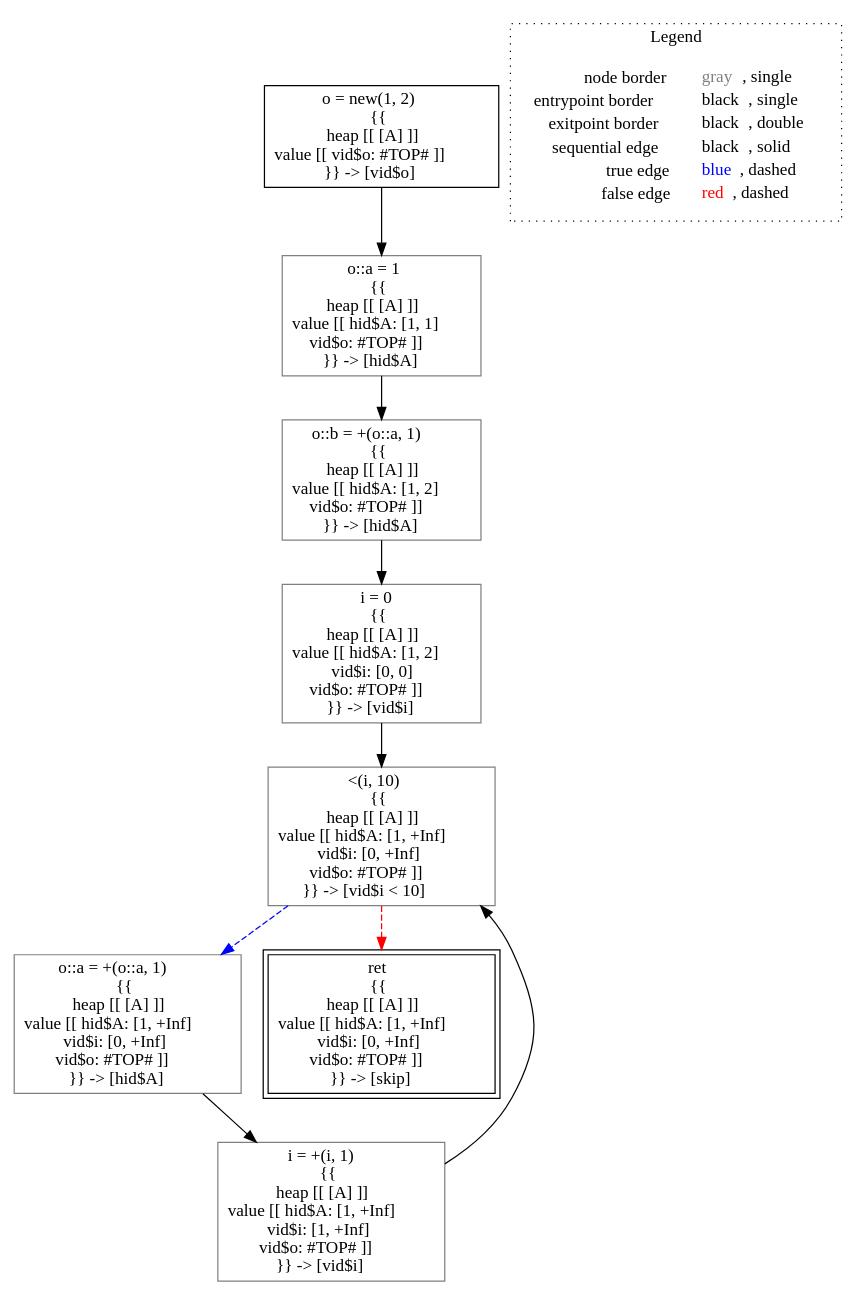
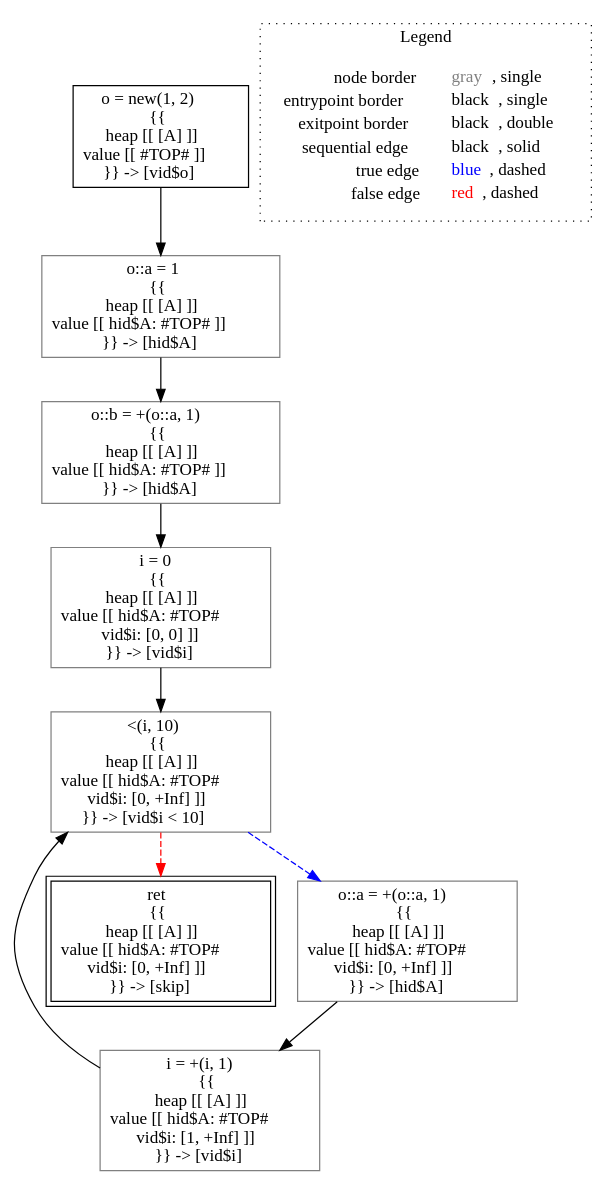
One commit to lisa-analyzer/lisa changed the diagram in lisa/imp-testcases/heap/type-based-heap/analysis___untyped_A.f2(A_this).dot. Above: the diagram before and after it, drawn with Graphviz. The commit also changed 2 other files, not shown here.

```diff
--- a/lisa/imp-testcases/heap/type-based-heap/analysis___untyped_A.f2(A_this).dot
+++ b/lisa/imp-testcases/heap/type-based-heap/analysis___untyped_A.f2(A_this).dot
@@ -1,25 +1,25 @@
 digraph {
-	"node0" [shape="rect",color="black",label=<o = new(1, 2)<BR/>{{<BR/>heap [[ [A] ]]<BR/>value [[ vid$o: #TOP# ]]<BR/>}} -&gt; [vid$o]>];
-	"node1" [shape="rect",color="gray",label=<o::b = +(o::a, 1)<BR/>{{<BR/>heap [[ [A] ]]<BR/>value [[ hid$A: [1, 2]<BR/>vid$o: #TOP# ]]<BR/>}} -&gt; [hid$A]>];
-	"node2" [shape="rect",color="gray",label=<&lt;(i, 10)<BR/>{{<BR/>heap [[ [A] ]]<BR/>value [[ hid$A: [1, +Inf]<BR/>vid$i: [0, +Inf]<BR/>vid$o: #TOP# ]]<BR/>}} -&gt; [vid$i &lt; 10]>];
-	"node3" [shape="rect",color="gray",label=<i = +(i, 1)<BR/>{{<BR/>heap [[ [A] ]]<BR/>value [[ hid$A: [1, +Inf]<BR/>vid$i: [1, +Inf]<BR/>vid$o: #TOP# ]]<BR/>}} -&gt; [vid$i]>];
-	"node4" [shape="rect",color="gray",label=<o::a = +(o::a, 1)<BR/>{{<BR/>heap [[ [A] ]]<BR/>value [[ hid$A: [1, +Inf]<BR/>vid$i: [0, +Inf]<BR/>vid$o: #TOP# ]]<BR/>}} -&gt; [hid$A]>];
-	"node5" [shape="rect",color="black",peripheries="2",label=<ret<BR/>{{<BR/>heap [[ [A] ]]<BR/>value [[ hid$A: [1, +Inf]<BR/>vid$i: [0, +Inf]<BR/>vid$o: #TOP# ]]<BR/>}} -&gt; [skip]>];
-	"node6" [shape="rect",color="gray",label=<o::a = 1<BR/>{{<BR/>heap [[ [A] ]]<BR/>value [[ hid$A: [1, 1]<BR/>vid$o: #TOP# ]]<BR/>}} -&gt; [hid$A]>];
-	"node7" [shape="rect",color="gray",label=<i = 0<BR/>{{<BR/>heap [[ [A] ]]<BR/>value [[ hid$A: [1, 2]<BR/>vid$i: [0, 0]<BR/>vid$o: #TOP# ]]<BR/>}} -&gt; [vid$i]>];
-	"node1" -> "node7" [color="black"];
-	"node2" -> "node4" [color="blue",style="dashed"];
-	"node2" -> "node5" [color="red",style="dashed"];
-	"node3" -> "node2" [color="black"];
-	"node0" -> "node6" [color="black"];
-	"node4" -> "node3" [color="black"];
-	"node6" -> "node1" [color="black"];
-	"node7" -> "node2" [color="black"];
+	"node0" [shape="rect",color="black",label=<o = new(1, 2)<BR/>{{<BR/>heap [[ [A] ]]<BR/>value [[ #TOP# ]]<BR/>}} -&gt; [vid$o]>];
+	"node1" [shape="rect",color="gray",label=<o::b = +(o::a, 1)<BR/>{{<BR/>heap [[ [A] ]]<BR/>value [[ hid$A: #TOP# ]]<BR/>}} -&gt; [hid$A]>];
+	"node2" [shape="rect",color="black",peripheries="2",label=<ret<BR/>{{<BR/>heap [[ [A] ]]<BR/>value [[ hid$A: #TOP#<BR/>vid$i: [0, +Inf] ]]<BR/>}} -&gt; [skip]>];
+	"node3" [shape="rect",color="gray",label=<o::a = 1<BR/>{{<BR/>heap [[ [A] ]]<BR/>value [[ hid$A: #TOP# ]]<BR/>}} -&gt; [hid$A]>];
+	"node4" [shape="rect",color="gray",label=<o::a = +(o::a, 1)<BR/>{{<BR/>heap [[ [A] ]]<BR/>value [[ hid$A: #TOP#<BR/>vid$i: [0, +Inf] ]]<BR/>}} -&gt; [hid$A]>];
+	"node5" [shape="rect",color="gray",label=<i = 0<BR/>{{<BR/>heap [[ [A] ]]<BR/>value [[ hid$A: #TOP#<BR/>vid$i: [0, 0] ]]<BR/>}} -&gt; [vid$i]>];
+	"node6" [shape="rect",color="gray",label=<i = +(i, 1)<BR/>{{<BR/>heap [[ [A] ]]<BR/>value [[ hid$A: #TOP#<BR/>vid$i: [1, +Inf] ]]<BR/>}} -&gt; [vid$i]>];
+	"node7" [shape="rect",color="gray",label=<&lt;(i, 10)<BR/>{{<BR/>heap [[ [A] ]]<BR/>value [[ hid$A: #TOP#<BR/>vid$i: [0, +Inf] ]]<BR/>}} -&gt; [vid$i &lt; 10]>];
+	"node1" -> "node5" [color="black"];
+	"node0" -> "node3" [color="black"];
+	"node3" -> "node1" [color="black"];
+	"node4" -> "node6" [color="black"];
+	"node5" -> "node7" [color="black"];
+	"node6" -> "node7" [color="black"];
+	"node7" -> "node2" [color="red",style="dashed"];
+	"node7" -> "node4" [color="blue",style="dashed"];
 subgraph cluster_legend {
 	label="Legend";
 	style=dotted;
 	node [shape=plaintext];
 	"legend" [label=<<table border="0" cellpadding="2" cellspacing="0" cellborder="0"><tr><td align="right">node border&nbsp;</td><td align="left"><font color="gray">gray</font>, single</td></tr><tr><td align="right">entrypoint border&nbsp;</td><td align="left"><font color="black">black</font>, single</td></tr><tr><td align="right">exitpoint border&nbsp;</td><td align="left"><font color="black">black</font>, double</td></tr><tr><td align="right">sequential edge&nbsp;</td><td align="left"><font color="black">black</font>, solid</td></tr><tr><td align="right">true edge&nbsp;</td><td align="left"><font color="blue">blue</font>, dashed</td></tr><tr><td align="right">false edge&nbsp;</td><td align="left"><font color="red">red</font>, dashed</td></tr></table>>];
 }
 
 }
```
